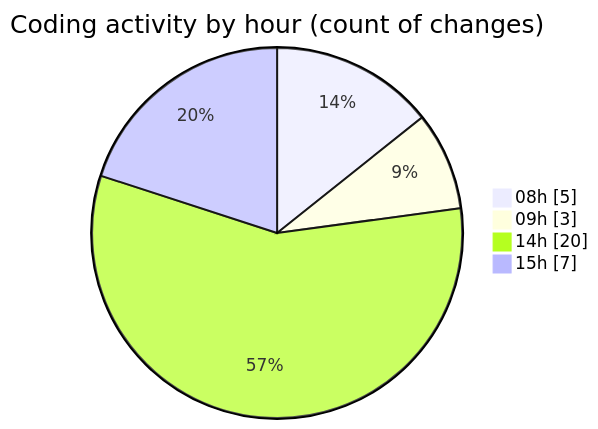
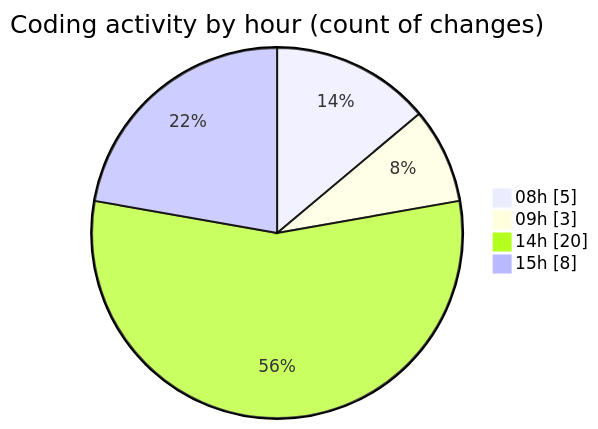
One commit to LanceThiago/code-tracking changed the second of 2 diagrams in 2026-08-31/web/README.md. Above: the diagram before and after it, drawn with Mermaid. The commit also changed other lines of this file and 1 other file, not shown here.

````diff
--- a/2026-08-31/web/README.md
+++ b/2026-08-31/web/README.md
@@ -32,8 +32,8 @@
 ```mermaid
 pie showData
 title Coding activity by hour (count of changes)
 "08h" : 5
 "09h" : 3
 "14h" : 20
-"15h" : 7
+"15h" : 8
 ```
````
